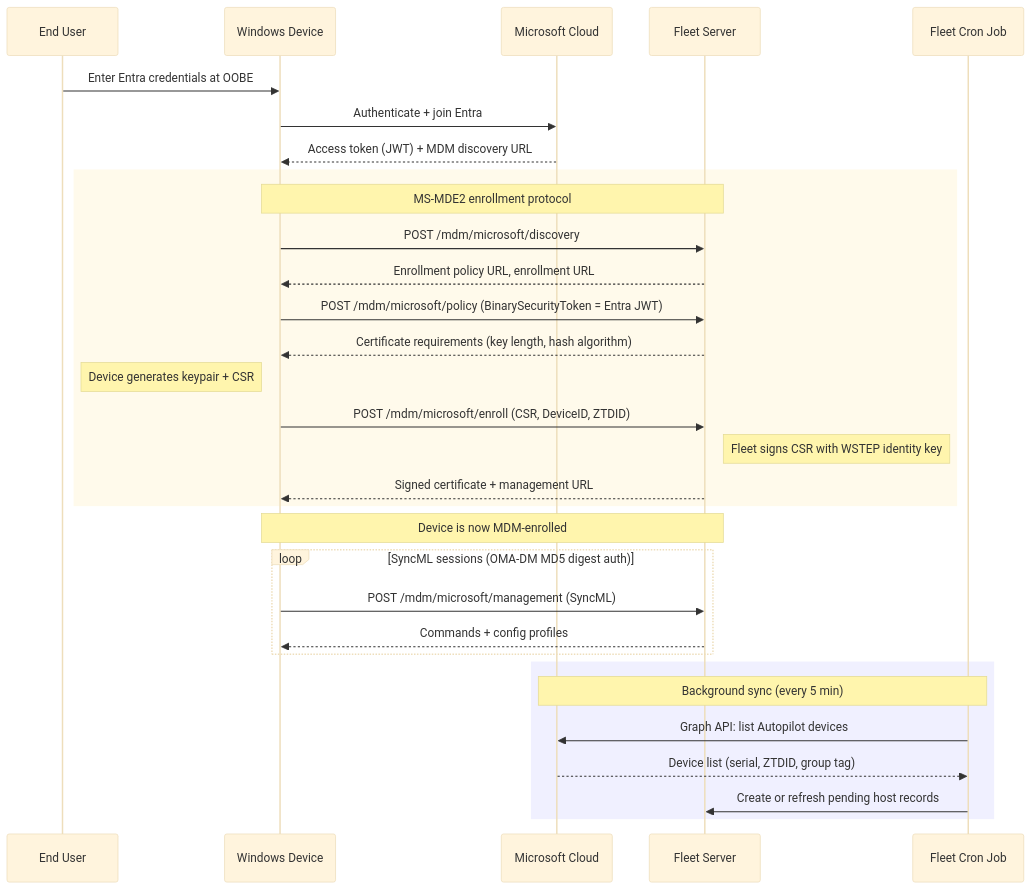
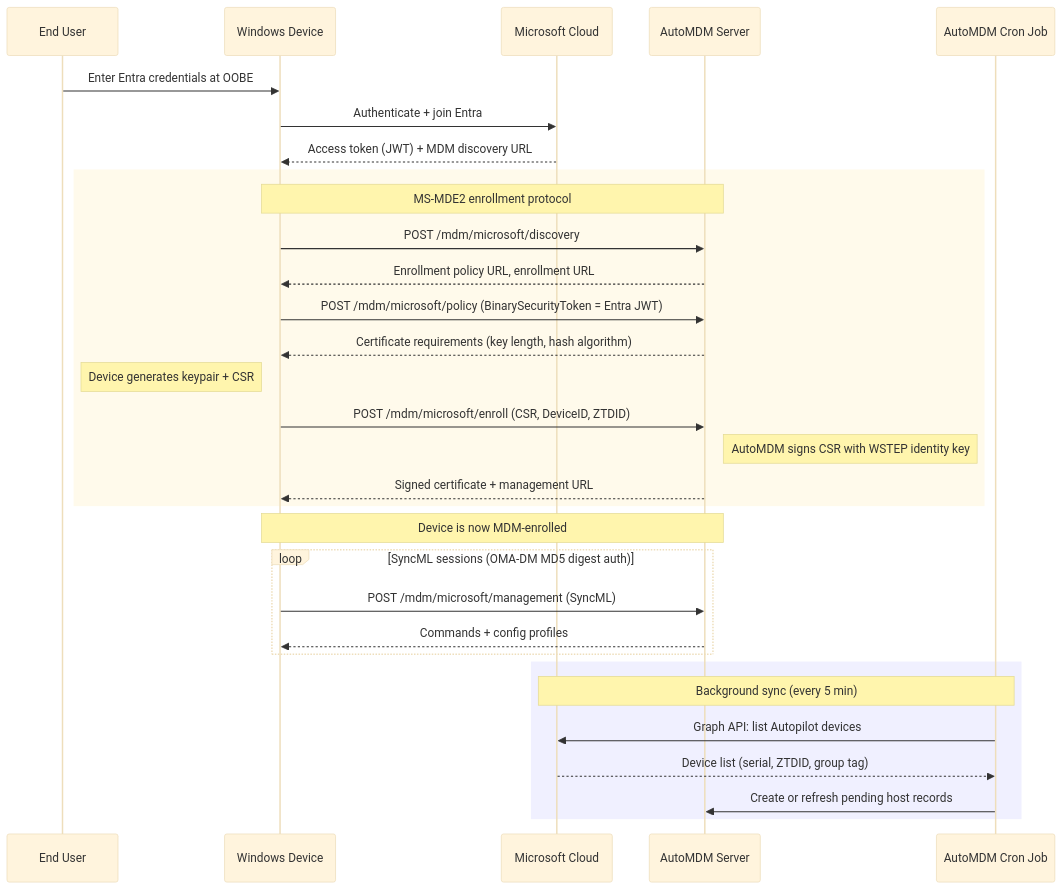
Before and after one commit to anilyagiz/AutoMDM: the third of 4 diagrams in docs/Contributing/mdm/windows/windows-autopilot-how-it-works.md, drawn with Mermaid (base theme). The commit also changed other lines of this file and 7979 other files, not shown here.

First line of the commit message:
Rebrand Fleet as AutoMDM (mechanical pass)

````diff
--- a/docs/Contributing/mdm/windows/windows-autopilot-how-it-works.md
+++ b/docs/Contributing/mdm/windows/windows-autopilot-how-it-works.md
@@ -68,40 +68,40 @@
 ```mermaid
 sequenceDiagram
     participant User as End User
     participant Win as Windows Device
     participant MS as Microsoft Cloud
-    participant Fleet as Fleet Server
-    participant Cron as Fleet Cron Job
+    participant AutoMDM as AutoMDM Server
+    participant Cron as AutoMDM Cron Job
 
     User->>Win: Enter Entra credentials at OOBE
     Win->>MS: Authenticate + join Entra
     MS-->>Win: Access token (JWT) + MDM discovery URL
 
     rect rgb(255, 250, 235)
-        note over Win, Fleet: MS-MDE2 enrollment protocol
-        Win->>Fleet: POST /mdm/microsoft/discovery
-        Fleet-->>Win: Enrollment policy URL, enrollment URL
+        note over Win, AutoMDM: MS-MDE2 enrollment protocol
+        Win->>AutoMDM: POST /mdm/microsoft/discovery
+        AutoMDM-->>Win: Enrollment policy URL, enrollment URL
 
-        Win->>Fleet: POST /mdm/microsoft/policy (BinarySecurityToken = Entra JWT)
-        Fleet-->>Win: Certificate requirements (key length, hash algorithm)
+        Win->>AutoMDM: POST /mdm/microsoft/policy (BinarySecurityToken = Entra JWT)
+        AutoMDM-->>Win: Certificate requirements (key length, hash algorithm)
 
         note left of Win: Device generates keypair + CSR
-        Win->>Fleet: POST /mdm/microsoft/enroll (CSR, DeviceID, ZTDID)
-        note right of Fleet: Fleet signs CSR with WSTEP identity key
-        Fleet-->>Win: Signed certificate + management URL
+        Win->>AutoMDM: POST /mdm/microsoft/enroll (CSR, DeviceID, ZTDID)
+        note right of AutoMDM: AutoMDM signs CSR with WSTEP identity key
+        AutoMDM-->>Win: Signed certificate + management URL
     end
 
-    note over Win, Fleet: Device is now MDM-enrolled
+    note over Win, AutoMDM: Device is now MDM-enrolled
 
     loop SyncML sessions (OMA-DM MD5 digest auth)
-        Win->>Fleet: POST /mdm/microsoft/management (SyncML)
-        Fleet-->>Win: Commands + config profiles
+        Win->>AutoMDM: POST /mdm/microsoft/management (SyncML)
+        AutoMDM-->>Win: Commands + config profiles
     end
 
     rect rgb(240, 240, 255)
         note over Cron, MS: Background sync (every 5 min)
         Cron->>MS: Graph API: list Autopilot devices
         MS-->>Cron: Device list (serial, ZTDID, group tag)
-        Cron->>Fleet: Create or refresh pending host records
+        Cron->>AutoMDM: Create or refresh pending host records
     end
 ```
````
